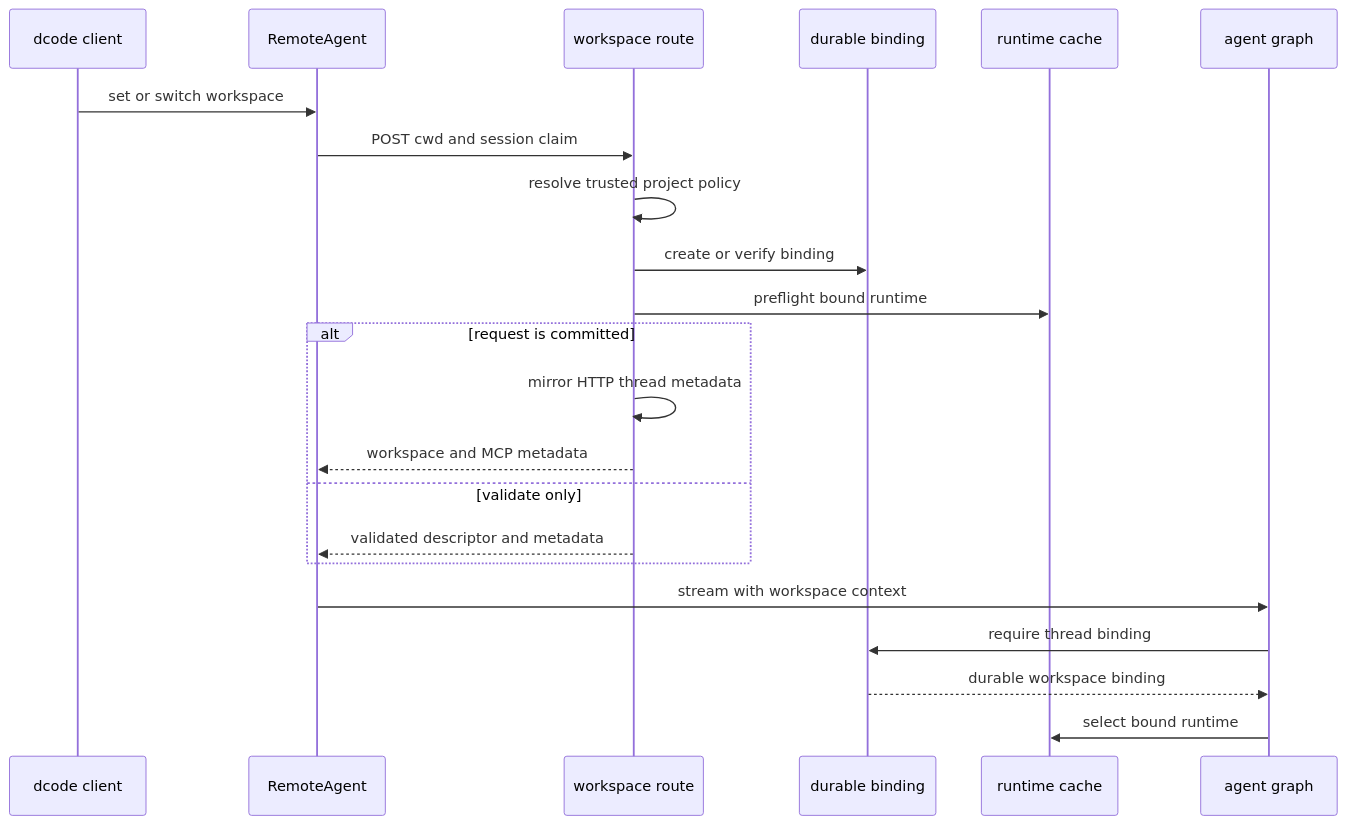
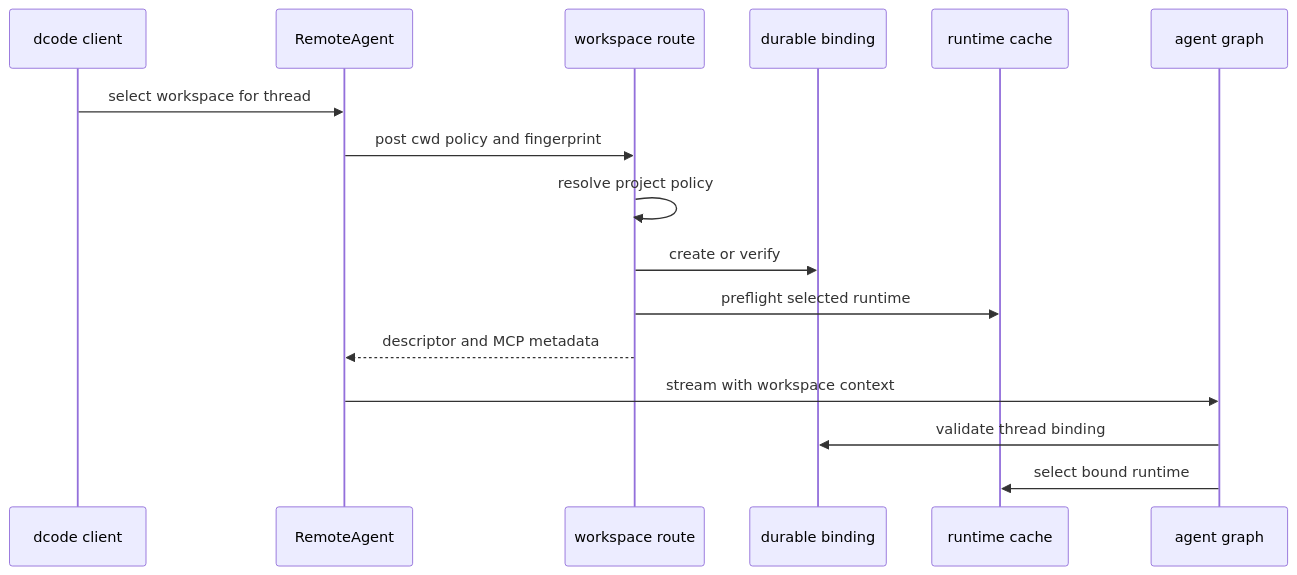
One commit to langchain-ai/deepagents changed the second of 2 diagrams in openwiki/architecture/runtime-behavior.md. Above: the diagram before and after it, drawn with Mermaid. The commit also changed other lines of this file and 37 other files, not shown here.

````diff
--- a/openwiki/architecture/runtime-behavior.md
+++ b/openwiki/architecture/runtime-behavior.md
@@ -71,24 +94,18 @@
 ```mermaid
 sequenceDiagram
     participant Client as dcode client
     participant Remote as RemoteAgent
     participant Route as workspace route
     participant Binding as durable binding
-    participant Cache as runtime cache
+    participant Runtime as runtime cache
     participant Graph as agent graph
-    Client->>Remote: set or switch workspace
-    Remote->>Route: POST cwd and session claim
-    Route->>Route: resolve trusted project policy
-    Route->>Binding: create or verify binding
-    Route->>Cache: preflight bound runtime
-    alt request is committed
-        Route->>Route: mirror HTTP thread metadata
-        Route-->>Remote: workspace and MCP metadata
-    else validate only
-        Route-->>Remote: validated descriptor and metadata
-    end
+    Client->>Remote: select workspace for thread
+    Remote->>Route: post cwd policy and fingerprint
+    Route->>Route: resolve project policy
+    Route->>Binding: create or verify
+    Route->>Runtime: preflight selected runtime
+    Route-->>Remote: descriptor and MCP metadata
     Remote->>Graph: stream with workspace context
-    Graph->>Binding: require thread binding
-    Binding-->>Graph: durable workspace binding
-    Graph->>Cache: select bound runtime
+    Graph->>Binding: validate thread binding
+    Graph->>Runtime: select bound runtime
 ```
````
